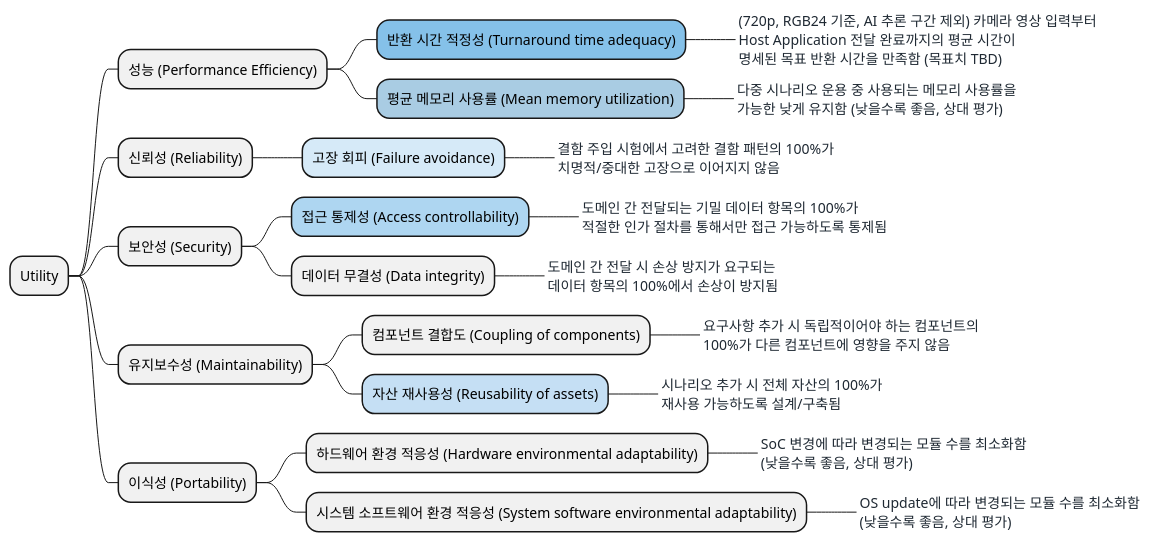
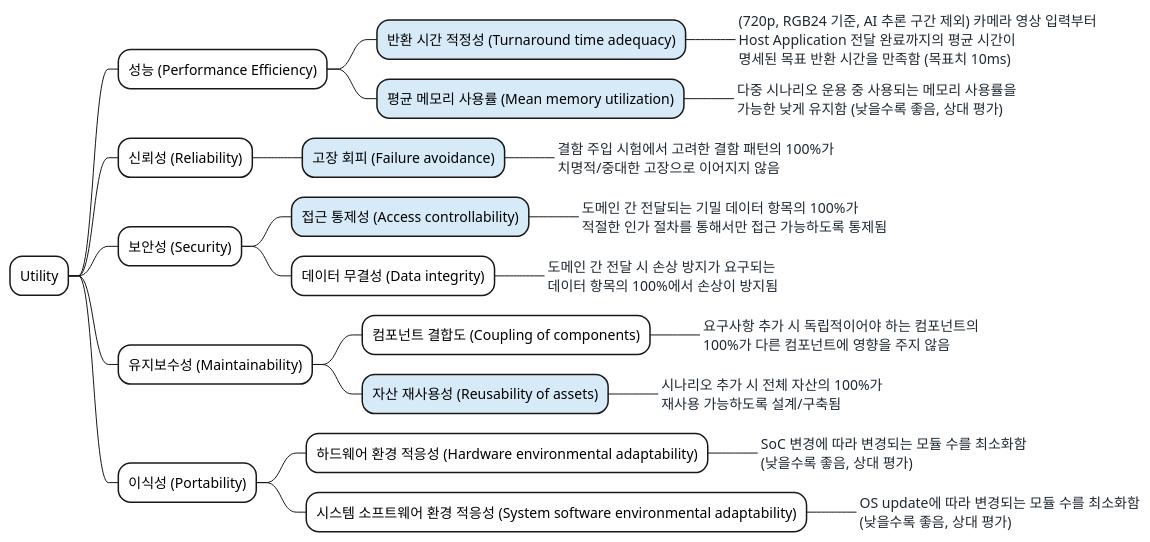
The diagram in docs/03_utility_tree.md (boram1288/test-p), drawn with PlantUML before and after one commit. The commit also changed other lines of this file, not shown here.

First line of the commit message:
docs: 섹션 3 측정 지표 테이블 단일화 및 설명 셀 2줄 구성 (03_utility_tree.md)

````diff
--- a/docs/03_utility_tree.md
+++ b/docs/03_utility_tree.md
@@ -28,35 +28,35 @@
 ```plantuml
 @startmindmap
 <style>
 mindmapDiagram {
   boxless {
     FontColor #1F2933
   }
 }
 </style>
-* Utility
-** 성능 (Performance Efficiency)
-***[#85C1E9] 반환 시간 적정성 (Turnaround time adequacy)
-****_ (720p, RGB24 기준, AI 추론 구간 제외) 카메라 영상 입력부터\nHost Application 전달 완료까지의 평균 시간이\n명세된 목표 반환 시간을 만족함 (목표치 TBD)
-***[#A9CCE3] 평균 메모리 사용률 (Mean memory utilization)
+*[#FFFFFF] Utility
+**[#FFFFFF] 성능 (Performance Efficiency)
+***[#D6EAF8] 반환 시간 적정성 (Turnaround time adequacy)
+****_ (720p, RGB24 기준, AI 추론 구간 제외) 카메라 영상 입력부터\nHost Application 전달 완료까지의 평균 시간이\n명세된 목표 반환 시간을 만족함 (목표치 10ms)
+***[#D6EAF8] 평균 메모리 사용률 (Mean memory utilization)
 ****_ 다중 시나리오 운용 중 사용되는 메모리 사용률을\n가능한 낮게 유지함 (낮을수록 좋음, 상대 평가)
-** 신뢰성 (Reliability)
+**[#FFFFFF] 신뢰성 (Reliability)
 ***[#D6EAF8] 고장 회피 (Failure avoidance)
 ****_ 결함 주입 시험에서 고려한 결함 패턴의 100%가\n치명적/중대한 고장으로 이어지지 않음
-** 보안성 (Security)
-***[#AED6F1] 접근 통제성 (Access controllability)
+**[#FFFFFF] 보안성 (Security)
+***[#D6EAF8] 접근 통제성 (Access controllability)
 ****_ 도메인 간 전달되는 기밀 데이터 항목의 100%가\n적절한 인가 절차를 통해서만 접근 가능하도록 통제됨
-*** 데이터 무결성 (Data integrity)
+***[#FFFFFF] 데이터 무결성 (Data integrity)
 ****_ 도메인 간 전달 시 손상 방지가 요구되는\n데이터 항목의 100%에서 손상이 방지됨
-** 유지보수성 (Maintainability)
-*** 컴포넌트 결합도 (Coupling of components)
+**[#FFFFFF] 유지보수성 (Maintainability)
+***[#FFFFFF] 컴포넌트 결합도 (Coupling of components)
 ****_ 요구사항 추가 시 독립적이어야 하는 컴포넌트의\n100%가 다른 컴포넌트에 영향을 주지 않음
-***[#C5DFF4] 자산 재사용성 (Reusability of assets)
+***[#D6EAF8] 자산 재사용성 (Reusability of assets)
 ****_ 시나리오 추가 시 전체 자산의 100%가\n재사용 가능하도록 설계/구축됨
-** 이식성 (Portability)
-*** 하드웨어 환경 적응성 (Hardware environmental adaptability)
+**[#FFFFFF] 이식성 (Portability)
+***[#FFFFFF] 하드웨어 환경 적응성 (Hardware environmental adaptability)
 ****_ SoC 변경에 따라 변경되는 모듈 수를 최소화함\n(낮을수록 좋음, 상대 평가)
-*** 시스템 소프트웨어 환경 적응성 (System software environmental adaptability)
+***[#FFFFFF] 시스템 소프트웨어 환경 적응성 (System software environmental adaptability)
 ****_ OS update에 따라 변경되는 모듈 수를 최소화함\n(낮을수록 좋음, 상대 평가)
 @endmindmap
 ```
````
